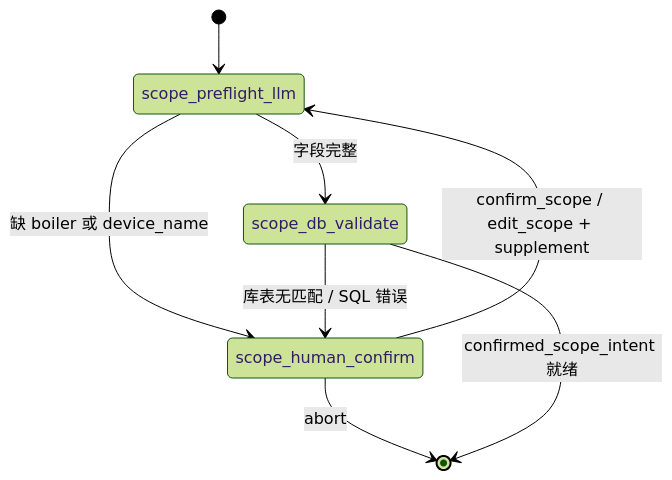
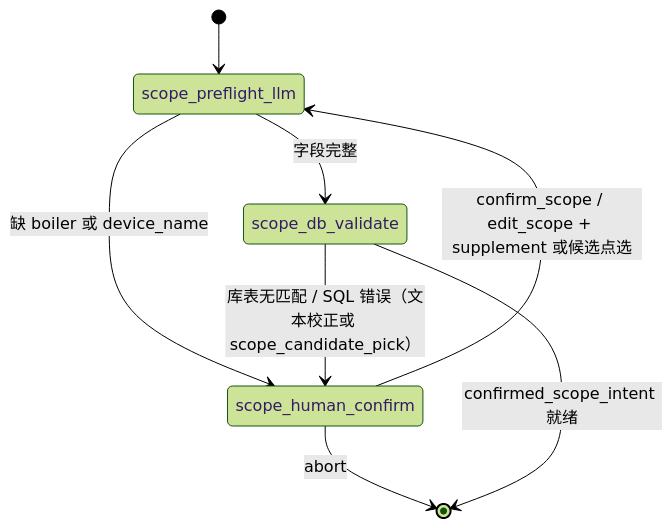
Before and after one commit to gaocf888/models_app_framework: the second of 4 diagrams in enterprise-level_transformation_docs/看图诊断(缺陷识别&泄爆分析)实现和使用说明.md, drawn with Mermaid (forest theme). The commit also changed other lines of this file and 15 other files, not shown here.

Commit message:
看图诊断 台账解析两轮HITL校正后，实现查询+LLM提供候选

````diff
--- a/enterprise-level_transformation_docs/看图诊断(缺陷识别&泄爆分析)实现和使用说明.md
+++ b/enterprise-level_transformation_docs/看图诊断(缺陷识别&泄爆分析)实现和使用说明.md
@@ -229,10 +234,10 @@
 ```mermaid
 stateDiagram-v2
   [*] --> scope_preflight_llm
   scope_preflight_llm --> scope_human_confirm: 缺 boiler 或 device_name
   scope_preflight_llm --> scope_db_validate: 字段完整
-  scope_human_confirm --> scope_preflight_llm: confirm_scope / edit_scope + supplement
+  scope_human_confirm --> scope_preflight_llm: confirm_scope / edit_scope + supplement 或候选点选
   scope_human_confirm --> [*]: abort
   scope_db_validate --> [*]: confirmed_scope_intent 就绪
-  scope_db_validate --> scope_human_confirm: 库表无匹配 / SQL 错误
+  scope_db_validate --> scope_human_confirm: 库表无匹配 / SQL 错误（文本校正或 scope_candidate_pick）
 ```
````
